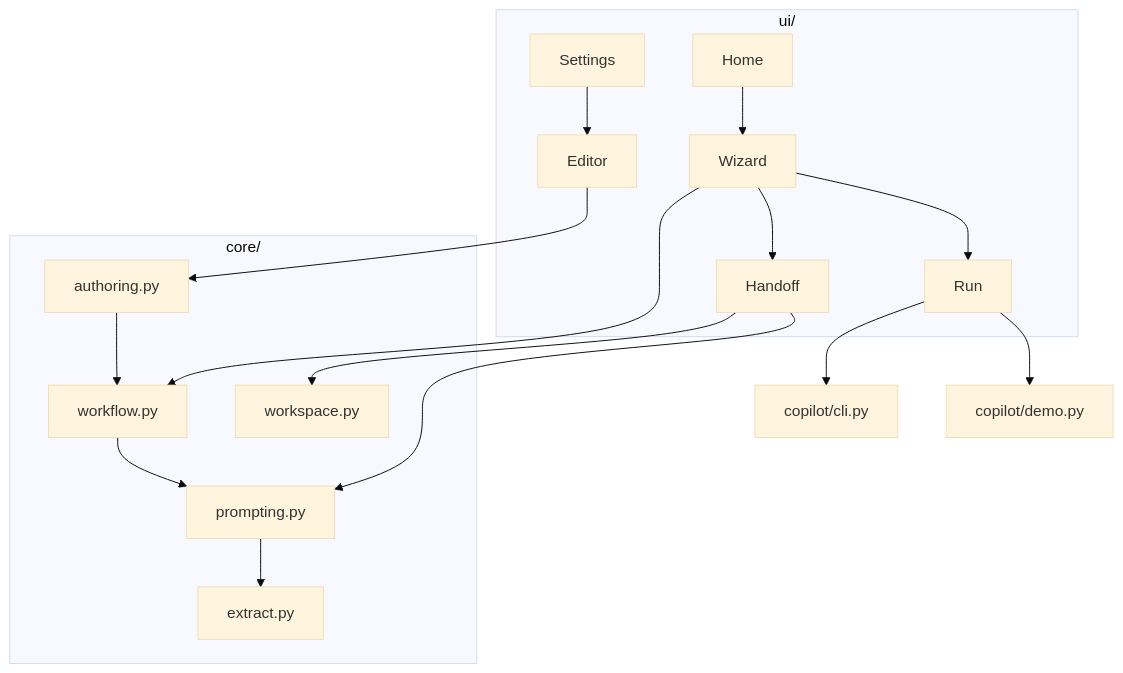
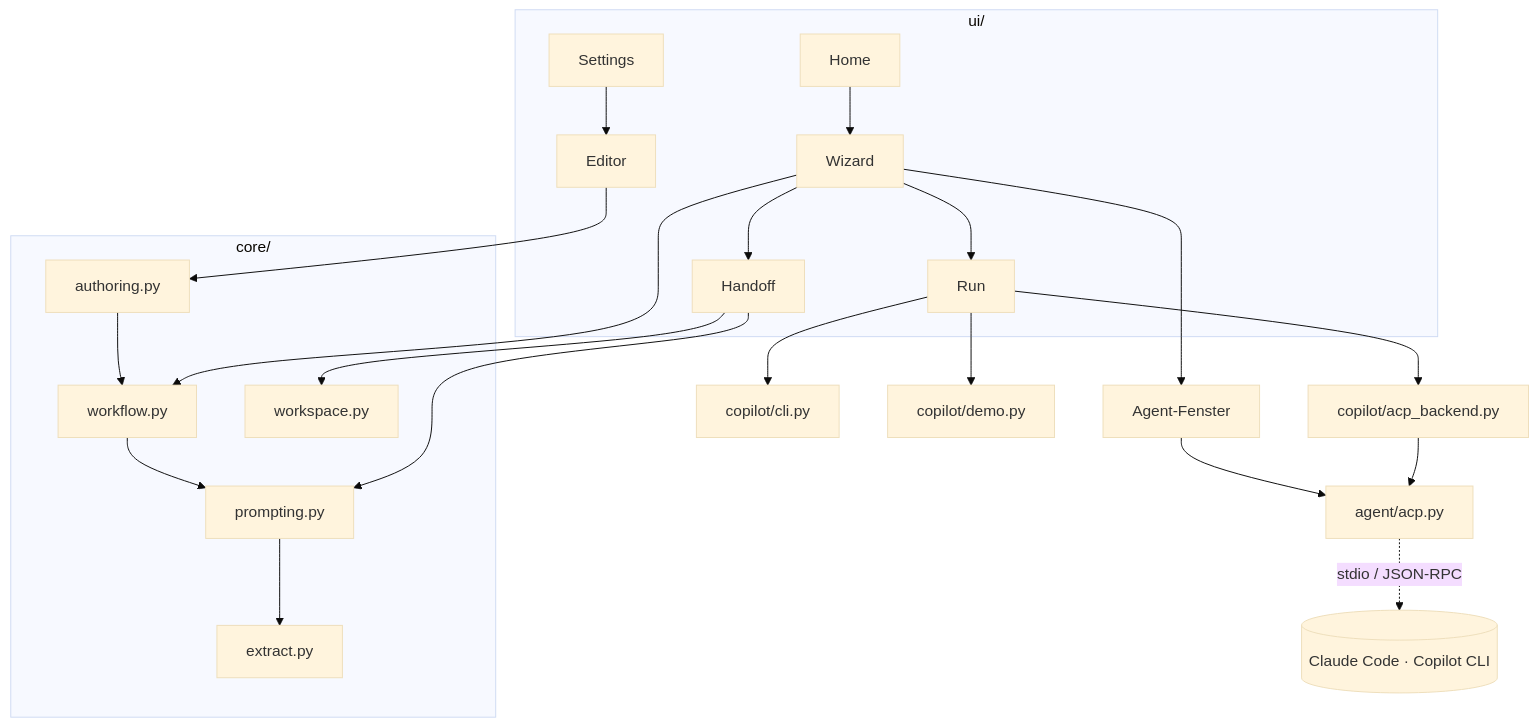
One commit to ynkblw/PAGER changed the second of 2 diagrams in README.md. Above: the diagram before and after it, drawn with Mermaid (base theme). The commit also changed other lines of this file and 29 other files, not shown here.

First line of the commit message:
PAGER: KI-Agent über ACP, Agent-Fenster mit Rückfragen, neues Design

````diff
--- a/README.md
+++ b/README.md
@@ -345,16 +488,19 @@
 ```mermaid
 flowchart TB
     subgraph UI[ui/]
         Home --> Wizard --> Handoff & Run
         Settings --> Editor
     end
     subgraph Core[core/]
         workflow[workflow.py] --> prompting[prompting.py] --> extract[extract.py]
         authoring[authoring.py] --> workflow
         workspace[workspace.py]
     end
     Wizard --> workflow
     Handoff --> prompting & workspace
+    Wizard --> Console[Agent-Fenster] --> ACP[agent/acp.py]
+    Run --> ACPB[copilot/acp_backend.py] --> ACP
     Run --> CLI[copilot/cli.py] & Demo[copilot/demo.py]
+    ACP -. stdio / JSON-RPC .-> Agent[(Claude Code · Copilot CLI)]
     Editor --> authoring
 ```
````
